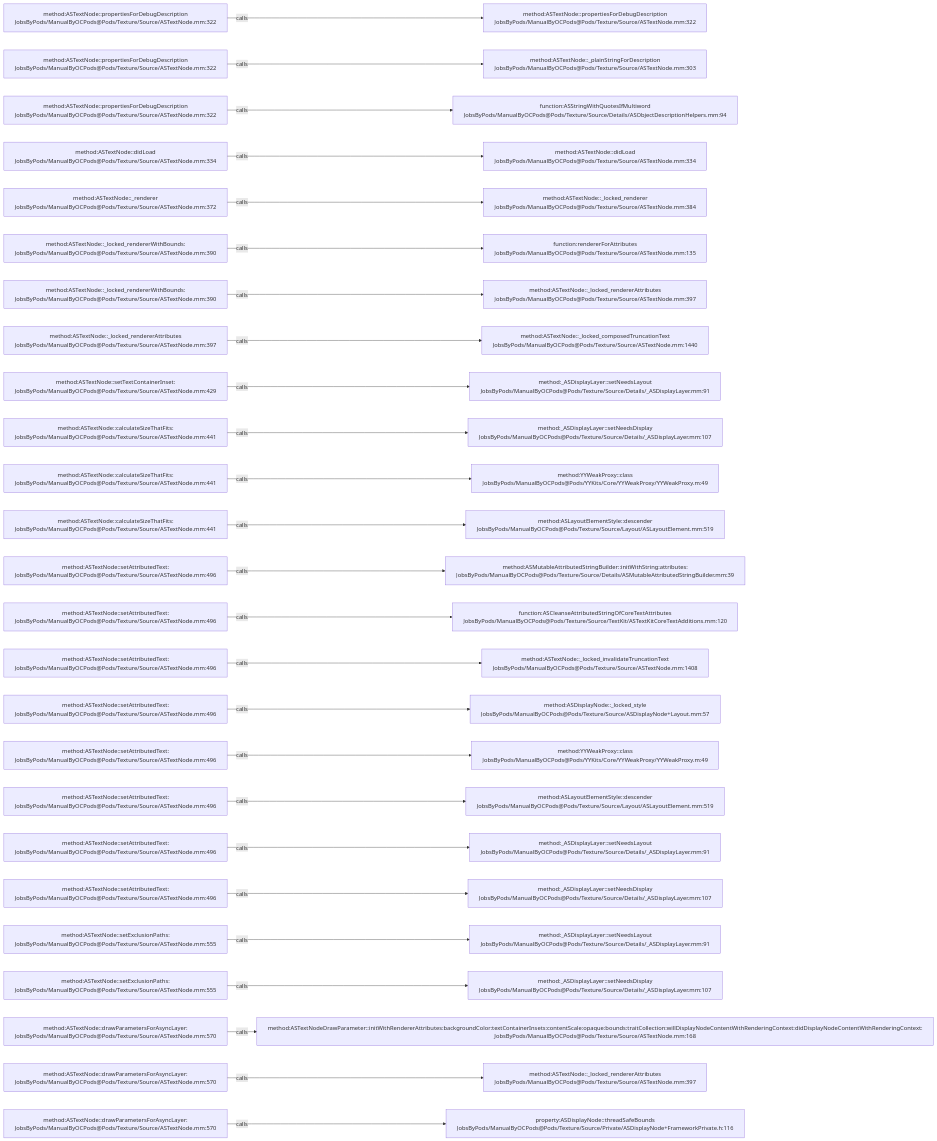
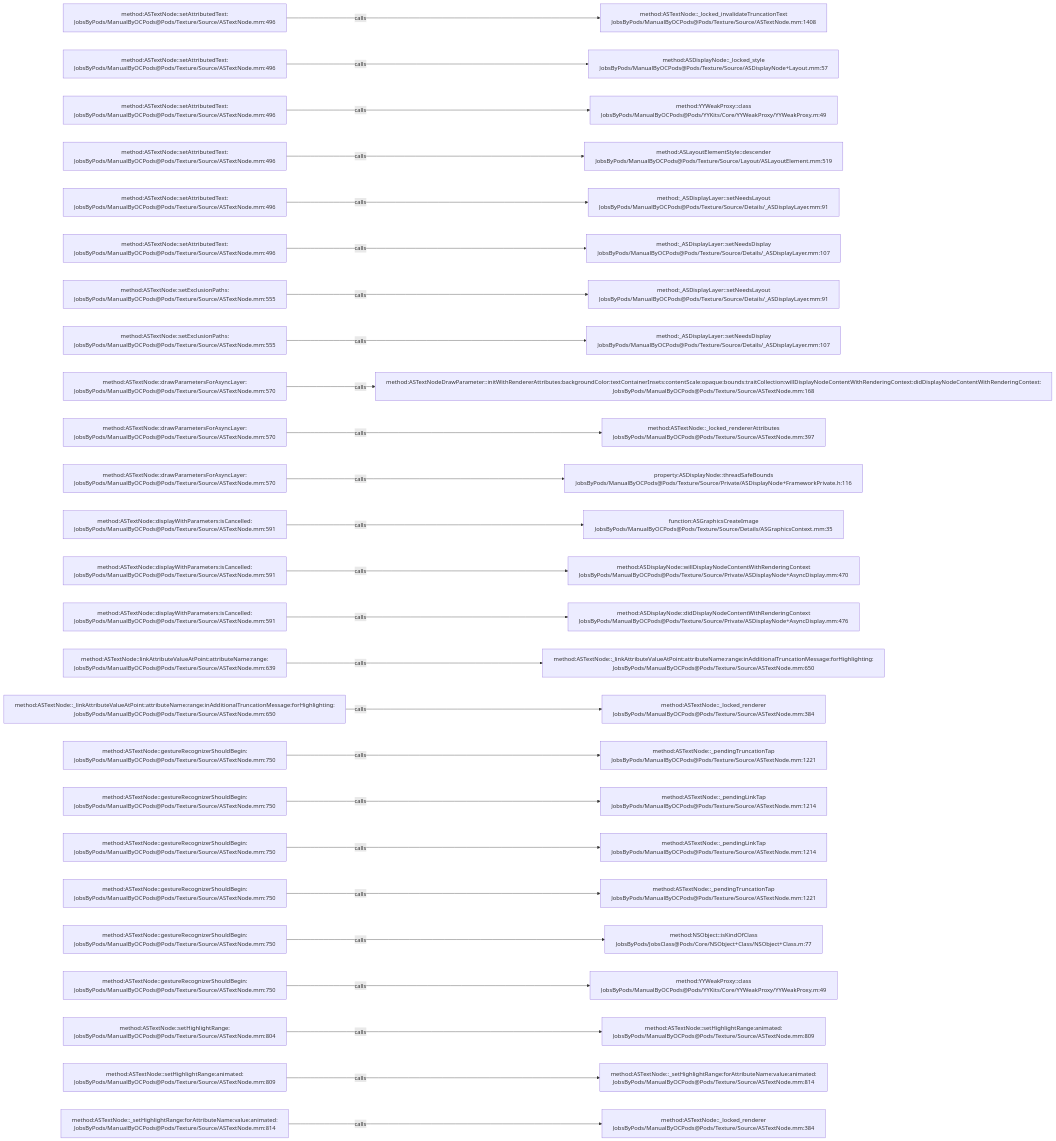
Before and after one commit to JobsKits/JobsOCBaseConfigDemo: the diagram in .codegraph/codegraph.md/graphs/calls-136.md, drawn with Mermaid. The commit also changed 296 other files, not shown here.

````diff
--- a/.codegraph/codegraph.md/graphs/calls-136.md
+++ b/.codegraph/codegraph.md/graphs/calls-136.md
@@ -13,78 +13,78 @@
 ```mermaid
 flowchart LR
-  S1["method:ASTextNode::propertiesForDebugDescription<br/>JobsByPods/ManualByOCPods@Pods/Texture/Source/ASTextNode.mm:322"]
-  T1["method:ASTextNode::propertiesForDebugDescription<br/>JobsByPods/ManualByOCPods@Pods/Texture/Source/ASTextNode.mm:322"]
+  S1["method:ASTextNode::setAttributedText:<br/>JobsByPods/ManualByOCPods@Pods/Texture/Source/ASTextNode.mm:496"]
+  T1["method:ASTextNode::_locked_invalidateTruncationText<br/>JobsByPods/ManualByOCPods@Pods/Texture/Source/ASTextNode.mm:1408"]
   S1 -->|calls| T1
-  S2["method:ASTextNode::propertiesForDebugDescription<br/>JobsByPods/ManualByOCPods@Pods/Texture/Source/ASTextNode.mm:322"]
-  T2["method:ASTextNode::_plainStringForDescription<br/>JobsByPods/ManualByOCPods@Pods/Texture/Source/ASTextNode.mm:303"]
+  S2["method:ASTextNode::setAttributedText:<br/>JobsByPods/ManualByOCPods@Pods/Texture/Source/ASTextNode.mm:496"]
+  T2["method:ASDisplayNode::_locked_style<br/>JobsByPods/ManualByOCPods@Pods/Texture/Source/ASDisplayNode+Layout.mm:57"]
   S2 -->|calls| T2
-  S3["method:ASTextNode::propertiesForDebugDescription<br/>JobsByPods/ManualByOCPods@Pods/Texture/Source/ASTextNode.mm:322"]
-  T3["function:ASStringWithQuotesIfMultiword<br/>JobsByPods/ManualByOCPods@Pods/Texture/Source/Details/ASObjectDescriptionHelpers.mm:94"]
+  S3["method:ASTextNode::setAttributedText:<br/>JobsByPods/ManualByOCPods@Pods/Texture/Source/ASTextNode.mm:496"]
+  T3["method:YYWeakProxy::class<br/>JobsByPods/ManualByOCPods@Pods/YYKits/Core/YYWeakProxy/YYWeakProxy.m:49"]
   S3 -->|calls| T3
-  S4["method:ASTextNode::didLoad<br/>JobsByPods/ManualByOCPods@Pods/Texture/Source/ASTextNode.mm:334"]
-  T4["method:ASTextNode::didLoad<br/>JobsByPods/ManualByOCPods@Pods/Texture/Source/ASTextNode.mm:334"]
+  S4["method:ASTextNode::setAttributedText:<br/>JobsByPods/ManualByOCPods@Pods/Texture/Source/ASTextNode.mm:496"]
+  T4["method:ASLayoutElementStyle::descender<br/>JobsByPods/ManualByOCPods@Pods/Texture/Source/Layout/ASLayoutElement.mm:519"]
   S4 -->|calls| T4
-  S5["method:ASTextNode::_renderer<br/>JobsByPods/ManualByOCPods@Pods/Texture/Source/ASTextNode.mm:372"]
-  T5["method:ASTextNode::_locked_renderer<br/>JobsByPods/ManualByOCPods@Pods/Texture/Source/ASTextNode.mm:384"]
+  S5["method:ASTextNode::setAttributedText:<br/>JobsByPods/ManualByOCPods@Pods/Texture/Source/ASTextNode.mm:496"]
+  T5["method:_ASDisplayLayer::setNeedsLayout<br/>JobsByPods/ManualByOCPods@Pods/Texture/Source/Details/_ASDisplayLayer.mm:91"]
   S5 -->|calls| T5
-  S6["method:ASTextNode::_locked_rendererWithBounds:<br/>JobsByPods/ManualByOCPods@Pods/Texture/Source/ASTextNode.mm:390"]
-  T6["function:rendererForAttributes<br/>JobsByPods/ManualByOCPods@Pods/Texture/Source/ASTextNode.mm:135"]
+  S6["method:ASTextNode::setAttributedText:<br/>JobsByPods/ManualByOCPods@Pods/Texture/Source/ASTextNode.mm:496"]
+  T6["method:_ASDisplayLayer::setNeedsDisplay<br/>JobsByPods/ManualByOCPods@Pods/Texture/Source/Details/_ASDisplayLayer.mm:107"]
   S6 -->|calls| T6
-  S7["method:ASTextNode::_locked_rendererWithBounds:<br/>JobsByPods/ManualByOCPods@Pods/Texture/Source/ASTextNode.mm:390"]
-  T7["method:ASTextNode::_locked_rendererAttributes<br/>JobsByPods/ManualByOCPods@Pods/Texture/Source/ASTextNode.mm:397"]
+  S7["method:ASTextNode::setExclusionPaths:<br/>JobsByPods/ManualByOCPods@Pods/Texture/Source/ASTextNode.mm:555"]
+  T7["method:_ASDisplayLayer::setNeedsLayout<br/>JobsByPods/ManualByOCPods@Pods/Texture/Source/Details/_ASDisplayLayer.mm:91"]
   S7 -->|calls| T7
-  S8["method:ASTextNode::_locked_rendererAttributes<br/>JobsByPods/ManualByOCPods@Pods/Texture/Source/ASTextNode.mm:397"]
-  T8["method:ASTextNode::_locked_composedTruncationText<br/>JobsByPods/ManualByOCPods@Pods/Texture/Source/ASTextNode.mm:1440"]
+  S8["method:ASTextNode::setExclusionPaths:<br/>JobsByPods/ManualByOCPods@Pods/Texture/Source/ASTextNode.mm:555"]
+  T8["method:_ASDisplayLayer::setNeedsDisplay<br/>JobsByPods/ManualByOCPods@Pods/Texture/Source/Details/_ASDisplayLayer.mm:107"]
   S8 -->|calls| T8
-  S9["method:ASTextNode::setTextContainerInset:<br/>JobsByPods/ManualByOCPods@Pods/Texture/Source/ASTextNode.mm:429"]
-  T9["method:_ASDisplayLayer::setNeedsLayout<br/>JobsByPods/ManualByOCPods@Pods/Texture/Source/Details/_ASDisplayLayer.mm:91"]
+  S9["method:ASTextNode::drawParametersForAsyncLayer:<br/>JobsByPods/ManualByOCPods@Pods/Texture/Source/ASTextNode.mm:570"]
+  T9["method:ASTextNodeDrawParameter::initWithRendererAttributes:backgroundColor:textContainerInsets:contentScale:opaque:bounds:traitCollection:willDisplayNodeContentWithRenderingContext:didDisplayNodeContentWithRenderingContext:<br/>JobsByPods/ManualByOCPods@Pods/Texture/Source/ASTextNode.mm:168"]
   S9 -->|calls| T9
-  S10["method:ASTextNode::calculateSizeThatFits:<br/>JobsByPods/ManualByOCPods@Pods/Texture/Source/ASTextNode.mm:441"]
-  T10["method:_ASDisplayLayer::setNeedsDisplay<br/>JobsByPods/ManualByOCPods@Pods/Texture/Source/Details/_ASDisplayLayer.mm:107"]
+  S10["method:ASTextNode::drawParametersForAsyncLayer:<br/>JobsByPods/ManualByOCPods@Pods/Texture/Source/ASTextNode.mm:570"]
+  T10["method:ASTextNode::_locked_rendererAttributes<br/>JobsByPods/ManualByOCPods@Pods/Texture/Source/ASTextNode.mm:397"]
   S10 -->|calls| T10
-  S11["method:ASTextNode::calculateSizeThatFits:<br/>JobsByPods/ManualByOCPods@Pods/Texture/Source/ASTextNode.mm:441"]
-  T11["method:YYWeakProxy::class<br/>JobsByPods/ManualByOCPods@Pods/YYKits/Core/YYWeakProxy/YYWeakProxy.m:49"]
+  S11["method:ASTextNode::drawParametersForAsyncLayer:<br/>JobsByPods/ManualByOCPods@Pods/Texture/Source/ASTextNode.mm:570"]
+  T11["property:ASDisplayNode::threadSafeBounds<br/>JobsByPods/ManualByOCPods@Pods/Texture/Source/Private/ASDisplayNode+FrameworkPrivate.h:116"]
   S11 -->|calls| T11
-  S12["method:ASTextNode::calculateSizeThatFits:<br/>JobsByPods/ManualByOCPods@Pods/Texture/Source/ASTextNode.mm:441"]
-  T12["method:ASLayoutElementStyle::descender<br/>JobsByPods/ManualByOCPods@Pods/Texture/Source/Layout/ASLayoutElement.mm:519"]
+  S12["method:ASTextNode::displayWithParameters:isCancelled:<br/>JobsByPods/ManualByOCPods@Pods/Texture/Source/ASTextNode.mm:591"]
+  T12["function:ASGraphicsCreateImage<br/>JobsByPods/ManualByOCPods@Pods/Texture/Source/Details/ASGraphicsContext.mm:35"]
   S12 -->|calls| T12
-  S13["method:ASTextNode::setAttributedText:<br/>JobsByPods/ManualByOCPods@Pods/Texture/Source/ASTextNode.mm:496"]
-  T13["method:ASMutableAttributedStringBuilder::initWithString:attributes:<br/>JobsByPods/ManualByOCPods@Pods/Texture/Source/Details/ASMutableAttributedStringBuilder.mm:39"]
+  S13["method:ASTextNode::displayWithParameters:isCancelled:<br/>JobsByPods/ManualByOCPods@Pods/Texture/Source/ASTextNode.mm:591"]
+  T13["method:ASDisplayNode::willDisplayNodeContentWithRenderingContext<br/>JobsByPods/ManualByOCPods@Pods/Texture/Source/Private/ASDisplayNode+AsyncDisplay.mm:470"]
   S13 -->|calls| T13
-  S14["method:ASTextNode::setAttributedText:<br/>JobsByPods/ManualByOCPods@Pods/Texture/Source/ASTextNode.mm:496"]
-  T14["function:ASCleanseAttributedStringOfCoreTextAttributes<br/>JobsByPods/ManualByOCPods@Pods/Texture/Source/TextKit/ASTextKitCoreTextAdditions.mm:120"]
+  S14["method:ASTextNode::displayWithParameters:isCancelled:<br/>JobsByPods/ManualByOCPods@Pods/Texture/Source/ASTextNode.mm:591"]
+  T14["method:ASDisplayNode::didDisplayNodeContentWithRenderingContext<br/>JobsByPods/ManualByOCPods@Pods/Texture/Source/Private/ASDisplayNode+AsyncDisplay.mm:476"]
   S14 -->|calls| T14
-  S15["method:ASTextNode::setAttributedText:<br/>JobsByPods/ManualByOCPods@Pods/Texture/Source/ASTextNode.mm:496"]
-  T15["method:ASTextNode::_locked_invalidateTruncationText<br/>JobsByPods/ManualByOCPods@Pods/Texture/Source/ASTextNode.mm:1408"]
+  S15["method:ASTextNode::linkAttributeValueAtPoint:attributeName:range:<br/>JobsByPods/ManualByOCPods@Pods/Texture/Source/ASTextNode.mm:639"]
+  T15["method:ASTextNode::_linkAttributeValueAtPoint:attributeName:range:inAdditionalTruncationMessage:forHighlighting:<br/>JobsByPods/ManualByOCPods@Pods/Texture/Source/ASTextNode.mm:650"]
   S15 -->|calls| T15
-  S16["method:ASTextNode::setAttributedText:<br/>JobsByPods/ManualByOCPods@Pods/Texture/Source/ASTextNode.mm:496"]
-  T16["method:ASDisplayNode::_locked_style<br/>JobsByPods/ManualByOCPods@Pods/Texture/Source/ASDisplayNode+Layout.mm:57"]
+  S16["method:ASTextNode::_linkAttributeValueAtPoint:attributeName:range:inAdditionalTruncationMessage:forHighlighting:<br/>JobsByPods/ManualByOCPods@Pods/Texture/Source/ASTextNode.mm:650"]
+  T16["method:ASTextNode::_locked_renderer<br/>JobsByPods/ManualByOCPods@Pods/Texture/Source/ASTextNode.mm:384"]
   S16 -->|calls| T16
-  S17["method:ASTextNode::setAttributedText:<br/>JobsByPods/ManualByOCPods@Pods/Texture/Source/ASTextNode.mm:496"]
-  T17["method:YYWeakProxy::class<br/>JobsByPods/ManualByOCPods@Pods/YYKits/Core/YYWeakProxy/YYWeakProxy.m:49"]
+  S17["method:ASTextNode::gestureRecognizerShouldBegin:<br/>JobsByPods/ManualByOCPods@Pods/Texture/Source/ASTextNode.mm:750"]
+  T17["method:ASTextNode::_pendingTruncationTap<br/>JobsByPods/ManualByOCPods@Pods/Texture/Source/ASTextNode.mm:1221"]
   S17 -->|calls| T17
-  S18["method:ASTextNode::setAttributedText:<br/>JobsByPods/ManualByOCPods@Pods/Texture/Source/ASTextNode.mm:496"]
-  T18["method:ASLayoutElementStyle::descender<br/>JobsByPods/ManualByOCPods@Pods/Texture/Source/Layout/ASLayoutElement.mm:519"]
+  S18["method:ASTextNode::gestureRecognizerShouldBegin:<br/>JobsByPods/ManualByOCPods@Pods/Texture/Source/ASTextNode.mm:750"]
+  T18["method:ASTextNode::_pendingLinkTap<br/>JobsByPods/ManualByOCPods@Pods/Texture/Source/ASTextNode.mm:1214"]
   S18 -->|calls| T18
-  S19["method:ASTextNode::setAttributedText:<br/>JobsByPods/ManualByOCPods@Pods/Texture/Source/ASTextNode.mm:496"]
-  T19["method:_ASDisplayLayer::setNeedsLayout<br/>JobsByPods/ManualByOCPods@Pods/Texture/Source/Details/_ASDisplayLayer.mm:91"]
+  S19["method:ASTextNode::gestureRecognizerShouldBegin:<br/>JobsByPods/ManualByOCPods@Pods/Texture/Source/ASTextNode.mm:750"]
+  T19["method:ASTextNode::_pendingLinkTap<br/>JobsByPods/ManualByOCPods@Pods/Texture/Source/ASTextNode.mm:1214"]
   S19 -->|calls| T19
-  S20["method:ASTextNode::setAttributedText:<br/>JobsByPods/ManualByOCPods@Pods/Texture/Source/ASTextNode.mm:496"]
-  T20["method:_ASDisplayLayer::setNeedsDisplay<br/>JobsByPods/ManualByOCPods@Pods/Texture/Source/Details/_ASDisplayLayer.mm:107"]
+  S20["method:ASTextNode::gestureRecognizerShouldBegin:<br/>JobsByPods/ManualByOCPods@Pods/Texture/Source/ASTextNode.mm:750"]
+  T20["method:ASTextNode::_pendingTruncationTap<br/>JobsByPods/ManualByOCPods@Pods/Texture/Source/ASTextNode.mm:1221"]
   S20 -->|calls| T20
-  S21["method:ASTextNode::setExclusionPaths:<br/>JobsByPods/ManualByOCPods@Pods/Texture/Source/ASTextNode.mm:555"]
-  T21["method:_ASDisplayLayer::setNeedsLayout<br/>JobsByPods/ManualByOCPods@Pods/Texture/Source/Details/_ASDisplayLayer.mm:91"]
+  S21["method:ASTextNode::gestureRecognizerShouldBegin:<br/>JobsByPods/ManualByOCPods@Pods/Texture/Source/ASTextNode.mm:750"]
+  T21["method:NSObject::isKindOfClass<br/>JobsByPods/JobsClass@Pods/Core/NSObject+Class/NSObject+Class.m:77"]
   S21 -->|calls| T21
-  S22["method:ASTextNode::setExclusionPaths:<br/>JobsByPods/ManualByOCPods@Pods/Texture/Source/ASTextNode.mm:555"]
-  T22["method:_ASDisplayLayer::setNeedsDisplay<br/>JobsByPods/ManualByOCPods@Pods/Texture/Source/Details/_ASDisplayLayer.mm:107"]
+  S22["method:ASTextNode::gestureRecognizerShouldBegin:<br/>JobsByPods/ManualByOCPods@Pods/Texture/Source/ASTextNode.mm:750"]
+  T22["method:YYWeakProxy::class<br/>JobsByPods/ManualByOCPods@Pods/YYKits/Core/YYWeakProxy/YYWeakProxy.m:49"]
   S22 -->|calls| T22
-  S23["method:ASTextNode::drawParametersForAsyncLayer:<br/>JobsByPods/ManualByOCPods@Pods/Texture/Source/ASTextNode.mm:570"]
-  T23["method:ASTextNodeDrawParameter::initWithRendererAttributes:backgroundColor:textContainerInsets:contentScale:opaque:bounds:traitCollection:willDisplayNodeContentWithRenderingContext:didDisplayNodeContentWithRenderingContext:<br/>JobsByPods/ManualByOCPods@Pods/Texture/Source/ASTextNode.mm:168"]
+  S23["method:ASTextNode::setHighlightRange:<br/>JobsByPods/ManualByOCPods@Pods/Texture/Source/ASTextNode.mm:804"]
+  T23["method:ASTextNode::setHighlightRange:animated:<br/>JobsByPods/ManualByOCPods@Pods/Texture/Source/ASTextNode.mm:809"]
   S23 -->|calls| T23
-  S24["method:ASTextNode::drawParametersForAsyncLayer:<br/>JobsByPods/ManualByOCPods@Pods/Texture/Source/ASTextNode.mm:570"]
-  T24["method:ASTextNode::_locked_rendererAttributes<br/>JobsByPods/ManualByOCPods@Pods/Texture/Source/ASTextNode.mm:397"]
+  S24["method:ASTextNode::setHighlightRange:animated:<br/>JobsByPods/ManualByOCPods@Pods/Texture/Source/ASTextNode.mm:809"]
+  T24["method:ASTextNode::_setHighlightRange:forAttributeName:value:animated:<br/>JobsByPods/ManualByOCPods@Pods/Texture/Source/ASTextNode.mm:814"]
   S24 -->|calls| T24
-  S25["method:ASTextNode::drawParametersForAsyncLayer:<br/>JobsByPods/ManualByOCPods@Pods/Texture/Source/ASTextNode.mm:570"]
-  T25["property:ASDisplayNode::threadSafeBounds<br/>JobsByPods/ManualByOCPods@Pods/Texture/Source/Private/ASDisplayNode+FrameworkPrivate.h:116"]
+  S25["method:ASTextNode::_setHighlightRange:forAttributeName:value:animated:<br/>JobsByPods/ManualByOCPods@Pods/Texture/Source/ASTextNode.mm:814"]
+  T25["method:ASTextNode::_locked_renderer<br/>JobsByPods/ManualByOCPods@Pods/Texture/Source/ASTextNode.mm:384"]
   S25 -->|calls| T25
 ```
````
